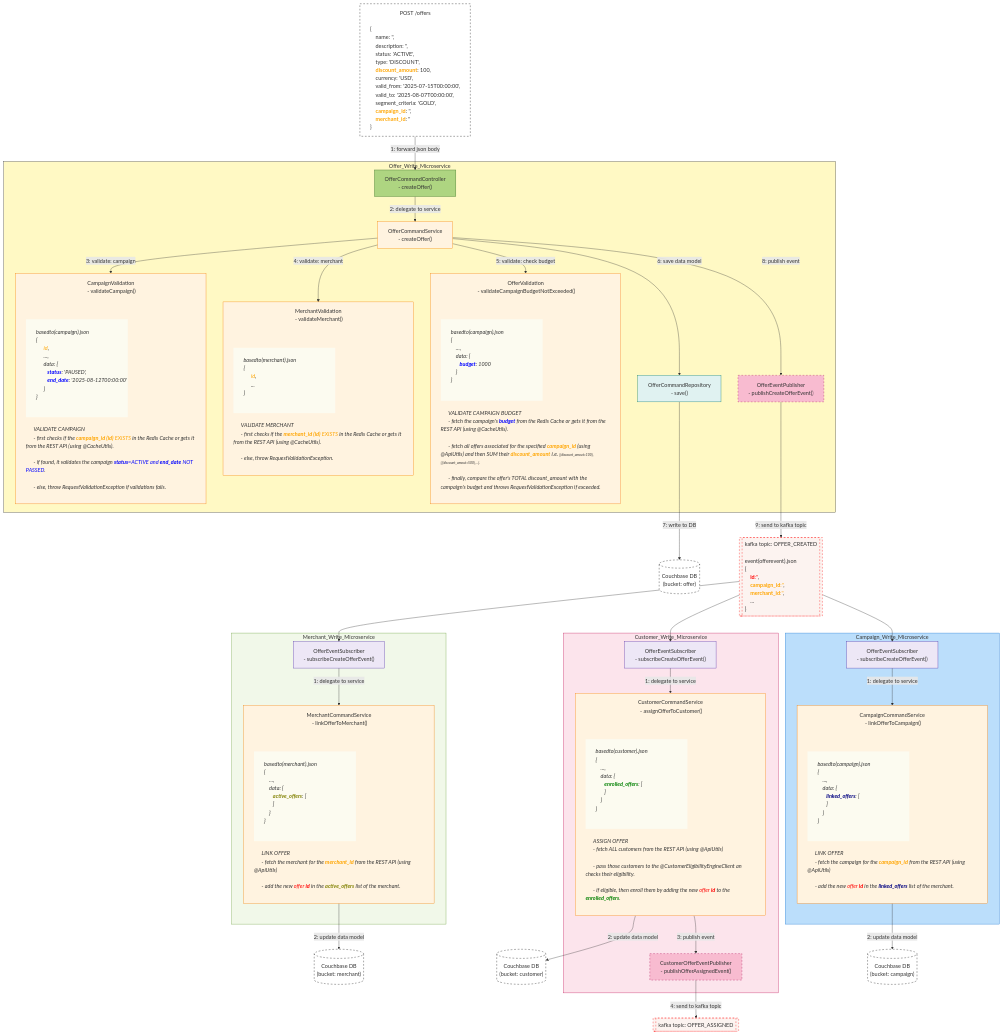
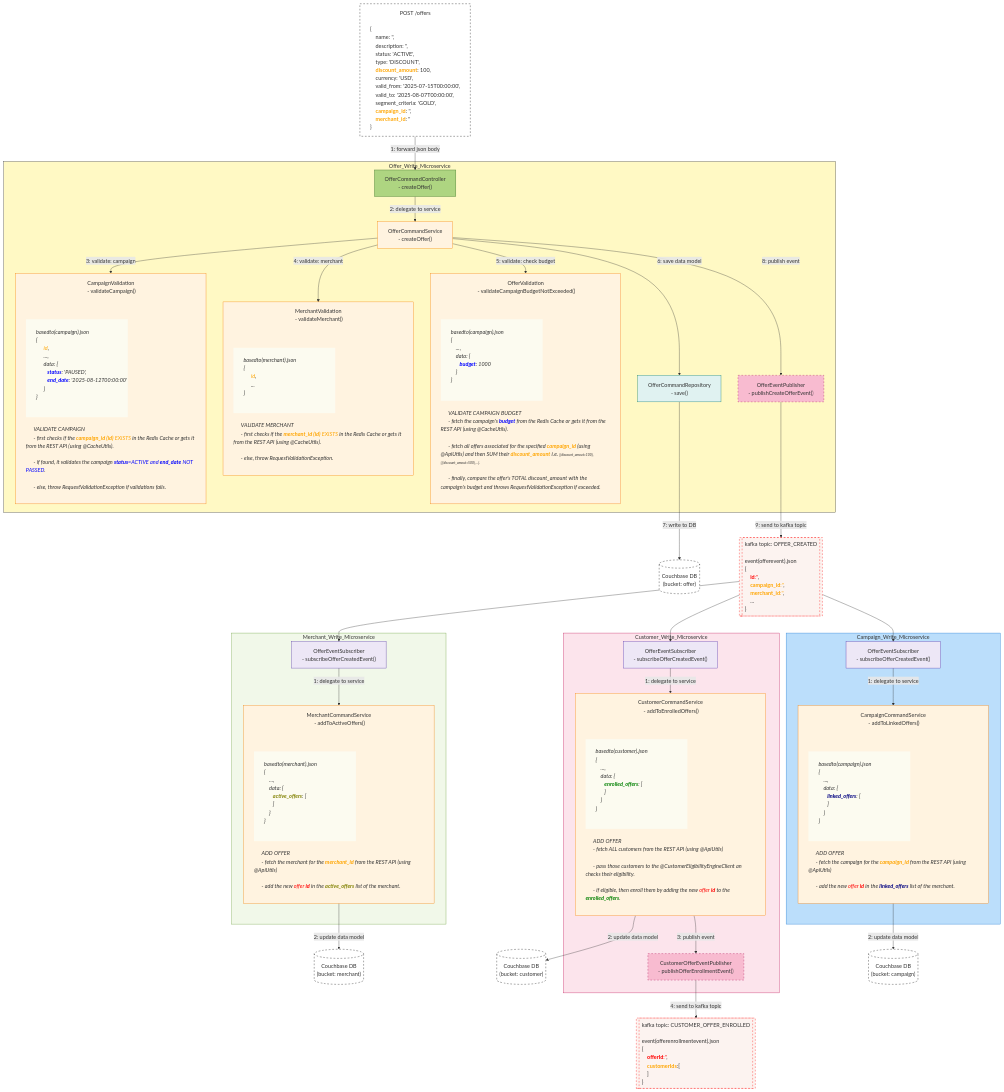
The diagram in _readme_assets/offer_create.mmd (aakashkumar1980/apps-microservices), drawn with Mermaid before and after one commit. The commit also changed 4 other files, not shown here.

```diff
--- a/_readme_assets/offer_create.mmd
+++ b/_readme_assets/offer_create.mmd
@@ -116,9 +116,9 @@
 %% %%%%%%%%%%%%%%%%%%%%%%%%%%% %%
 subgraph Merchant_Write_Microservice
 style Merchant_Write_Microservice fill:#F1F8E9,stroke:#689F38,stroke-width:1px
-  MES["OfferEventSubscriber<br> - subscribeCreateOfferEvent()"]:::subscriber
+  MES["OfferEventSubscriber<br> - subscribeOfferCreatedEvent()"]:::subscriber
 
-  MC["MerchantCommandService<br> - linkOfferToMerchant()
+  MC["MerchantCommandService<br> - addToActiveOffers()
     <div style='text-align:left; font-style: italic;'>
       <div style='background-color:rgb(252, 251, 240); width:300px;'>
         basedto(merchant).json
@@ -130,7 +130,7 @@
         #emsp; }
         }<br>
       </div>
-      LINK OFFER
+      ADD OFFER
       - fetch the merchant for the <font color=orange><b>merchant_id</b></font> from the REST API (using @ApiUtils)<br>
       - add the new <font color=red>offer <b>id</b></font> in the <font color=olive><b>active_offers</b></font> list of the merchant.
     </div>
@@ -150,9 +150,9 @@
 %% %%%%%%%%%%%%%%%%%%%%%%%%%%% %%
 subgraph Customer_Write_Microservice
 style Customer_Write_Microservice fill:#FCE4EC,stroke:#C2185B,stroke-width:1px
-  CES["OfferEventSubscriber<br> - subscribeCreateOfferEvent()"]:::subscriber
+  CES["OfferEventSubscriber<br> - subscribeOfferCreatedEvent()"]:::subscriber
 
-  CC["CustomerCommandService<br> - assignOfferToCustomer()</b>
+  CC["CustomerCommandService<br> - addToEnrolledOffers()</b>
     <div style='text-align:left; font-style: italic;'>
       <div style='background-color:rgb(252, 251, 240); width:300px;'>
         basedto(customer).json
@@ -164,18 +164,27 @@
         #emsp; }
         }<br>
       </div>
-      ASSIGN OFFER
+      ADD OFFER
       - fetch ALL customers from the REST API (using @ApiUtils)<br>
       - pass those customers to the @CustomerEligibilityEngineClient an checks their eligibility.<br>
       - if eligible, then enroll them by adding the new <font color=red>offer <b>id</b></font> to the <font color=green><b>enrolled_offers</b></font>.
     </div>
   "]:::service
 
-  CEP["CustomerOfferEventPublisher<br> - publishOfferAssignedEvent()"]:::event
+  CEP["CustomerOfferEventPublisher<br> - publishOfferEnrollmentEvent()"]:::event
 end
 
 COUCHBASE_CUSTOMER[("Couchbase DB<br>(bucket: customer)")]:::db
-KAFKA2[["kafka topic: OFFER_ASSIGNED"]]:::kafka
+KAFKA2[["kafka topic: CUSTOMER_OFFER_ENROLLED
+  <div style='text-align:left; background-color:#fcf3f0; width:180px;'>
+    event(offerenrollmentevent).json
+    {
+      #emsp; <font color=red><b>offerId</b>:''</font>,
+      #emsp; <font color=orange><b>customerIds</b></font>:[
+      #emsp; ]
+    }
+  </div>
+"]]:::kafka
 
 %% Flow Steps (Customer Write Flow)
 KAFKA1 --> CES
@@ -190,9 +199,9 @@
 %% %%%%%%%%%%%%%%%%%%%%%%%%%%% %%
 subgraph Campaign_Write_Microservice
 style Campaign_Write_Microservice fill:#BBDEFB,stroke:#1976D2,stroke-width:1px
-  CAS["OfferEventSubscriber<br> - subscribeCreateOfferEvent()"]:::subscriber
+  CAS["OfferEventSubscriber<br> - subscribeOfferCreatedEvent()"]:::subscriber
 
-  CCS["CampaignCommandService<br> - linkOfferToCampaign()
+  CCS["CampaignCommandService<br> - addToLinkedOffers()
     <div style='text-align:left; font-style:italic;'>
       <div style='background-color:rgb(252, 251, 240); width:300px;'>
         basedto(campaign).json
@@ -204,7 +213,7 @@
         #emsp; }
         }<br>
       </div>
-      LINK OFFER
+      ADD OFFER
       - fetch the campaign for the <font color=orange><b>campaign_id</b></font> from the REST API (using @ApiUtils)<br>
       - add the new <font color=red>offer <b>id</b></font> in the <font color=navy><b>linked_offers</b></font> list of the merchant.
     </div>
```
